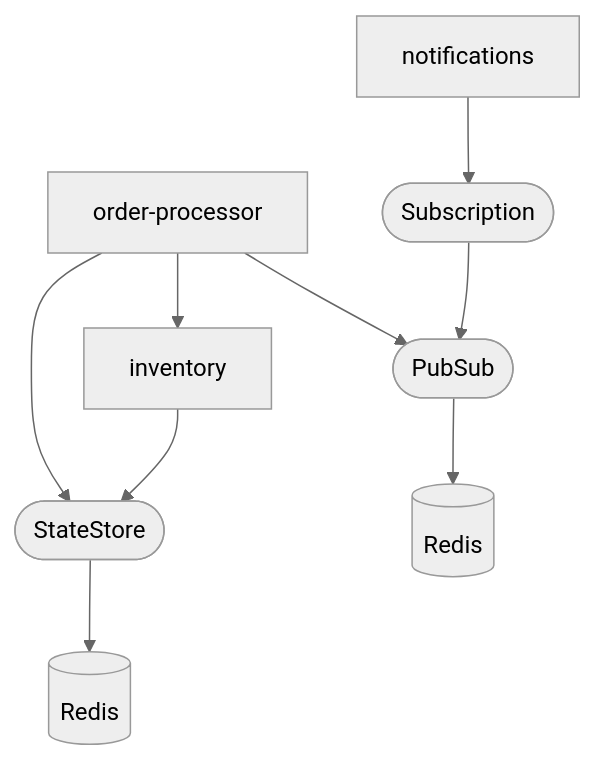
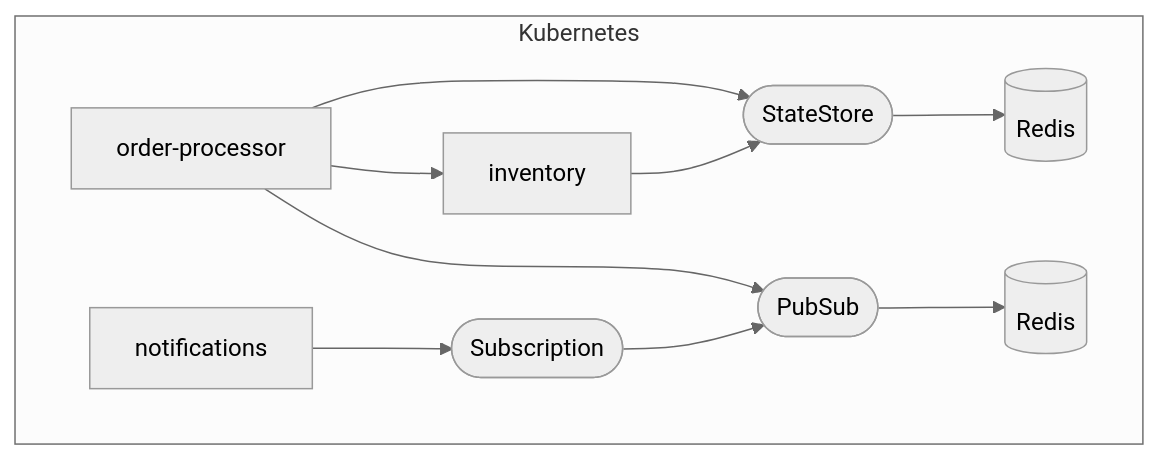
One commit to kendallroden/kubecon-dapr-score-demo changed the third of 3 diagrams in score-demo.md. Above: the diagram before and after it, drawn with Mermaid (neutral theme). The commit also changed other lines of this file, not shown here.

Commit message:
subgraph in mermaid

````diff
--- a/score-demo.md
+++ b/score-demo.md
@@ -88,8 +88,10 @@
 ```mermaid
 flowchart TD
-    inventory-->state-store([StateStore])-->redis-statestore[(Redis)]
-    notifications-->subscription([Subscription])-->pubsub([PubSub])
-    order-processor-->state-store
-    order-processor-->pubsub-->redis-pubsub[(Redis)]
-    order-processor-->inventory
+    subgraph Kubernetes
+        inventory-->state-store([StateStore])-->redis-statestore[(Redis)]
+        notifications-->subscription([Subscription])-->pubsub([PubSub])
+        order-processor-->state-store
+        order-processor-->pubsub-->redis-pubsub[(Redis)]
+        order-processor-->inventory
+    end
 ```
````
